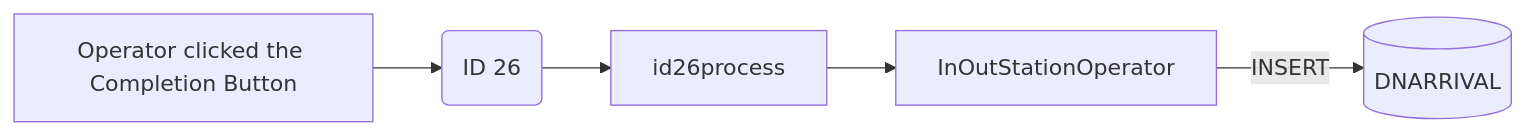
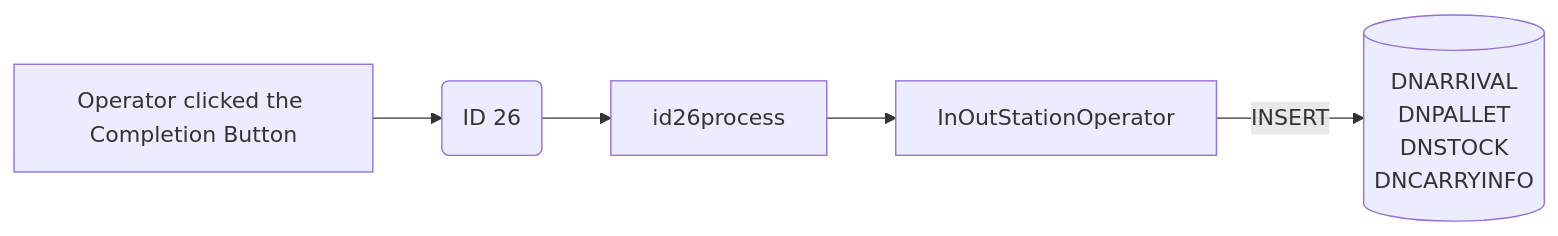
Before and after one commit to luthfiadityaa/SimeDarby-Wiki: the second of 20 diagrams in Basic-Design/DFD-WMS/Storage/Unplanned-Storage/Unplanned-Storage-from-HP.md, drawn with Mermaid.

Commit message:
Updated Unplanned Storage from HP

```diff
--- a/Basic-Design/DFD-WMS/Storage/Unplanned-Storage/Unplanned-Storage-from-HP.md
+++ b/Basic-Design/DFD-WMS/Storage/Unplanned-Storage/Unplanned-Storage-from-HP.md
@@ -125,20 +125,23 @@
 ::: mermaid
 flowchart LR
 
 releaseCommand["
    Operator clicked the Completion Button
 "]
 
 id26msg("
 ID 26
 ")
 
 id26-insert[("
 DNARRIVAL
+DNPALLET
+DNSTOCK
+DNCARRYINFO
 ")]
 
 inoutstationoperator[InOutStationOperator]
 
 releaseCommand-->id26msg-->id26process-->inoutstationoperator
 inoutstationoperator--> |INSERT| id26-insert
 :::
```
